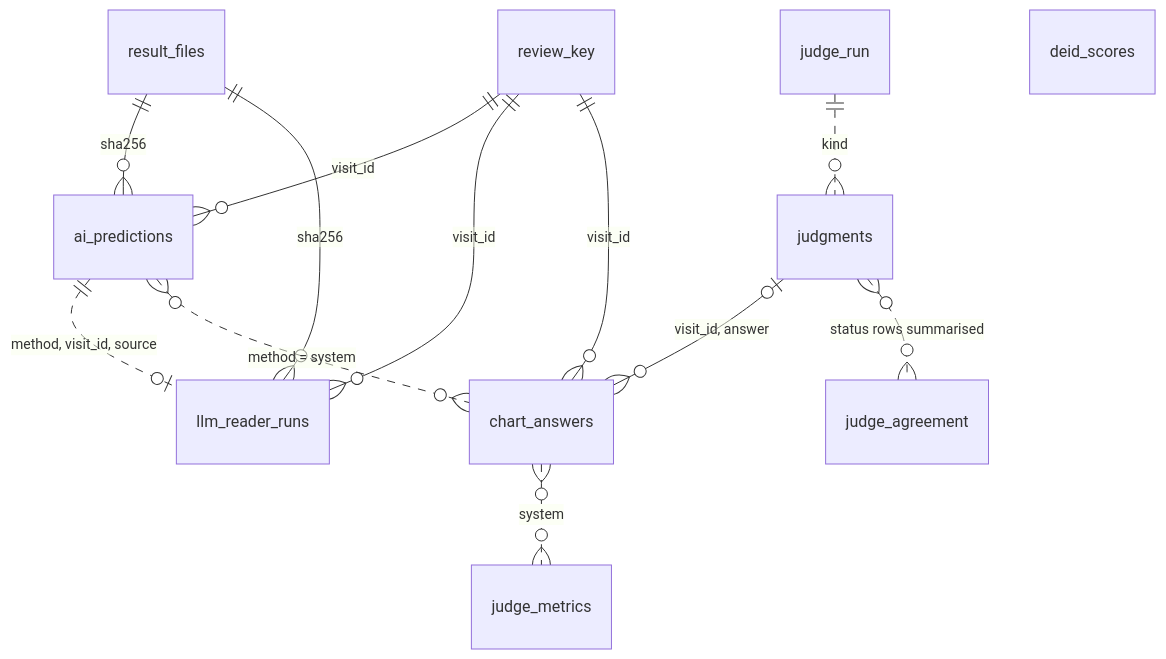
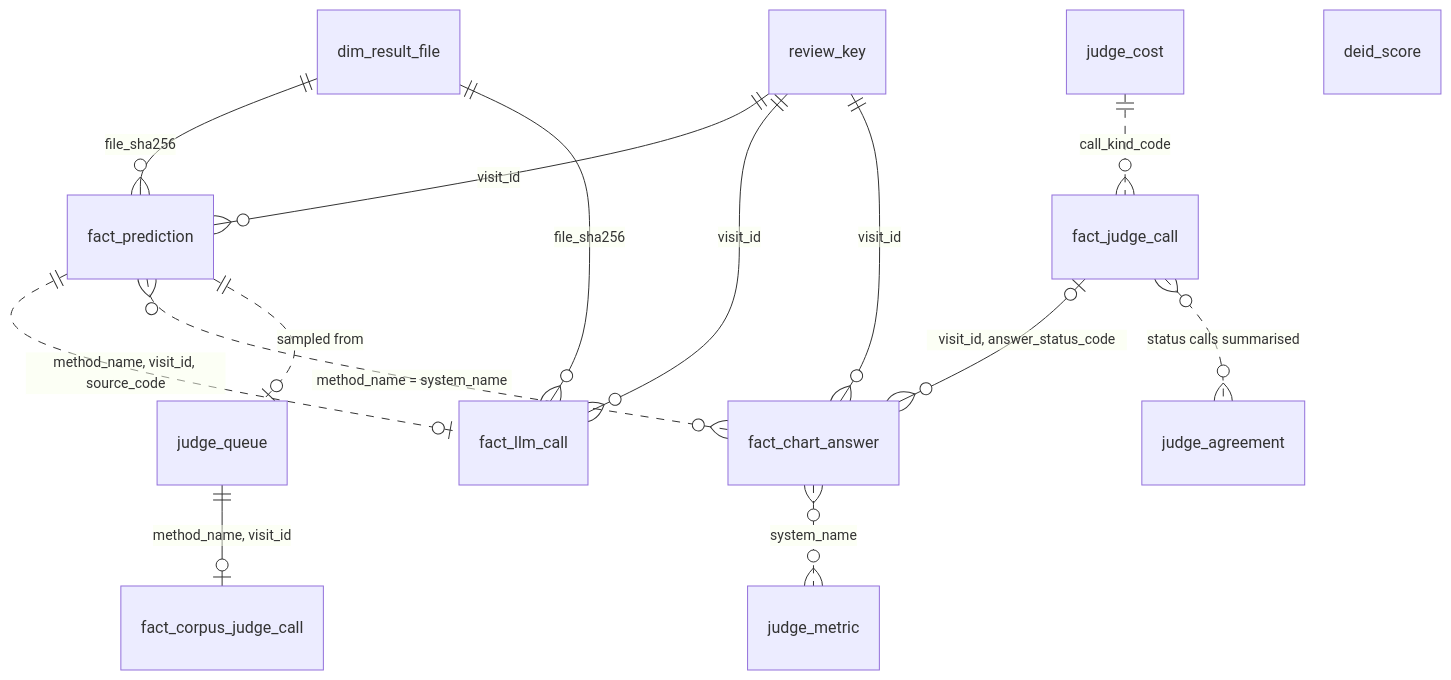
One commit to Health-Transformation-Lab/health-transformation-lab-nlp changed the diagram in diagrams/gold/source/gold_data_model_entity.mmd. Above: the diagram before and after it, drawn with Mermaid. The commit also changed 36 other files, not shown here.

```diff
--- a/diagrams/gold/source/gold_data_model_entity.mmd
+++ b/diagrams/gold/source/gold_data_model_entity.mmd
@@ -1,22 +1,26 @@
 erDiagram
-    result_files ||--o{ ai_predictions : "sha256"
-    result_files ||--o{ llm_reader_runs : "sha256"
-    ai_predictions ||..o| llm_reader_runs : "method, visit_id, source"
-    review_key ||--o{ ai_predictions : "visit_id"
-    review_key ||--o{ llm_reader_runs : "visit_id"
-    review_key ||--o{ chart_answers : "visit_id"
-    judgments |o--o{ chart_answers : "visit_id, answer"
-    judge_run ||..o{ judgments : "kind"
-    judgments }o..o{ judge_agreement : "status rows summarised"
-    chart_answers }o..o{ judge_metrics : "system"
-    ai_predictions }o..o{ chart_answers : "method = system"
+    dim_result_file ||--o{ fact_prediction : "file_sha256"
+    dim_result_file ||--o{ fact_llm_call : "file_sha256"
+    fact_prediction ||..o| fact_llm_call : "method_name, visit_id, source_code"
+    review_key ||--o{ fact_prediction : "visit_id"
+    review_key ||--o{ fact_llm_call : "visit_id"
+    review_key ||--o{ fact_chart_answer : "visit_id"
+    fact_judge_call |o--o{ fact_chart_answer : "visit_id, answer_status_code"
+    judge_cost ||..o{ fact_judge_call : "call_kind_code"
+    fact_judge_call }o..o{ judge_agreement : "status calls summarised"
+    fact_chart_answer }o..o{ judge_metric : "system_name"
+    fact_prediction }o..o{ fact_chart_answer : "method_name = system_name"
+    fact_prediction ||..o| judge_queue : "sampled from"
+    judge_queue ||--o| fact_corpus_judge_call : "method_name, visit_id"
     review_key
-    result_files
-    ai_predictions
-    llm_reader_runs
-    chart_answers
-    judgments
-    judge_metrics
+    dim_result_file
+    fact_prediction
+    fact_llm_call
+    fact_chart_answer
+    fact_judge_call
+    judge_metric
     judge_agreement
-    judge_run
-    deid_scores
+    judge_cost
+    deid_score
+    judge_queue
+    fact_corpus_judge_call
```
